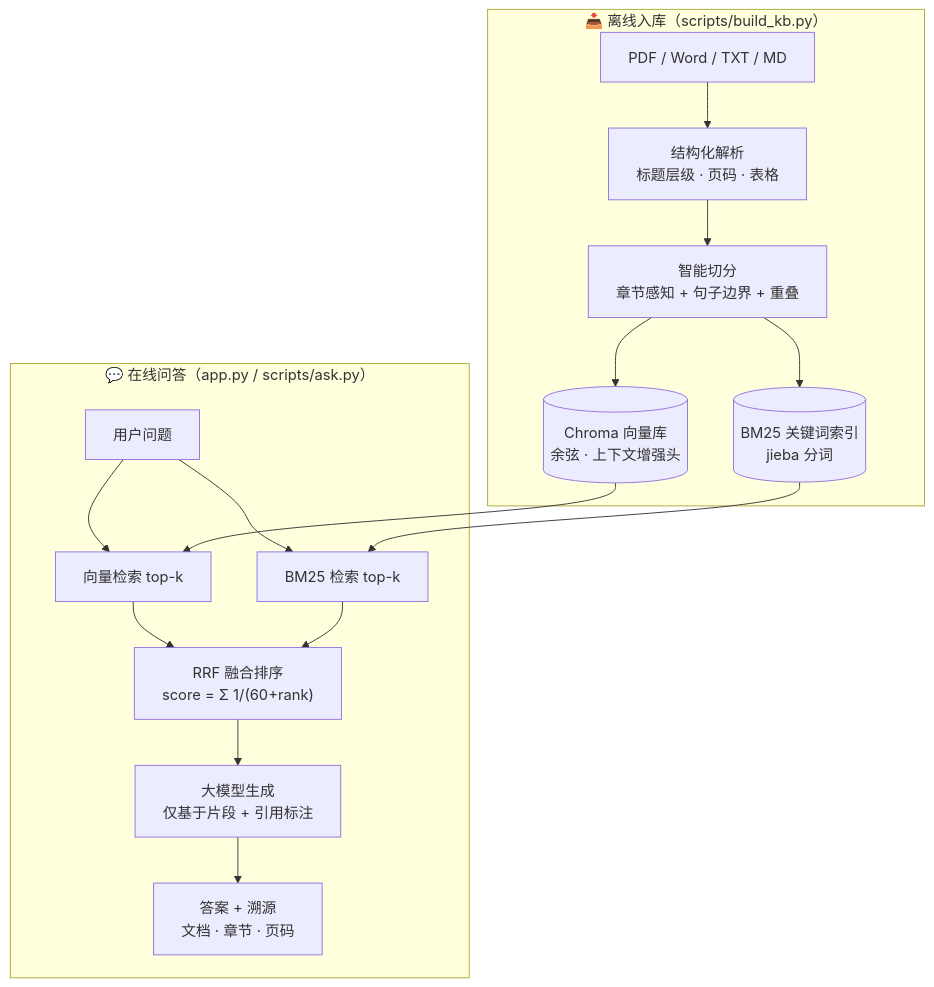
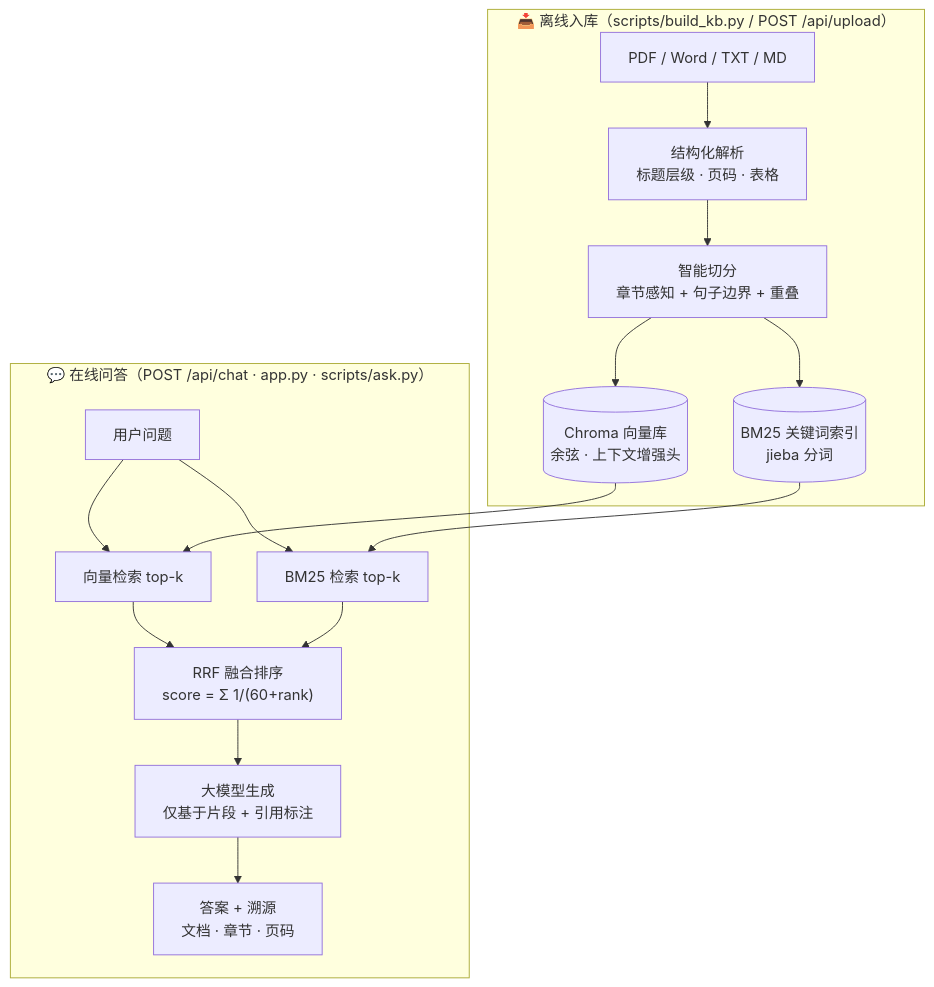
Before and after one commit to zmmbdyx/first-rag: the second of 2 diagrams in README.md, drawn with Mermaid. The commit also changed other lines of this file and 143 other files, not shown here.

````diff
--- a/README.md
+++ b/README.md
@@ -43,20 +85,20 @@
 ```mermaid
 flowchart TB
-    subgraph ingest["📥 离线入库（scripts/build_kb.py）"]
+    subgraph ingest["📥 离线入库（scripts/build_kb.py / POST /api/upload）"]
         A["PDF / Word / TXT / MD"] --> B["结构化解析<br/>标题层级 · 页码 · 表格"]
         B --> C["智能切分<br/>章节感知 + 句子边界 + 重叠"]
         C --> D[("Chroma 向量库<br/>余弦 · 上下文增强头")]
         C --> E[("BM25 关键词索引<br/>jieba 分词")]
     end
 
-    subgraph query["💬 在线问答（app.py / scripts/ask.py）"]
+    subgraph query["💬 在线问答（POST /api/chat · app.py · scripts/ask.py）"]
         Q["用户问题"] --> F["向量检索 top-k"]
         Q --> G["BM25 检索 top-k"]
         D --> F
         E --> G
         F --> H["RRF 融合排序<br/>score = Σ 1/(60+rank)"]
         G --> H
         H --> I["大模型生成<br/>仅基于片段 + 引用标注"]
         I --> J["答案 + 溯源<br/>文档 · 章节 · 页码"]
     end
 ```
````
